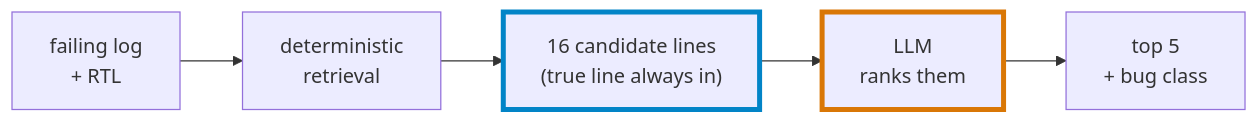
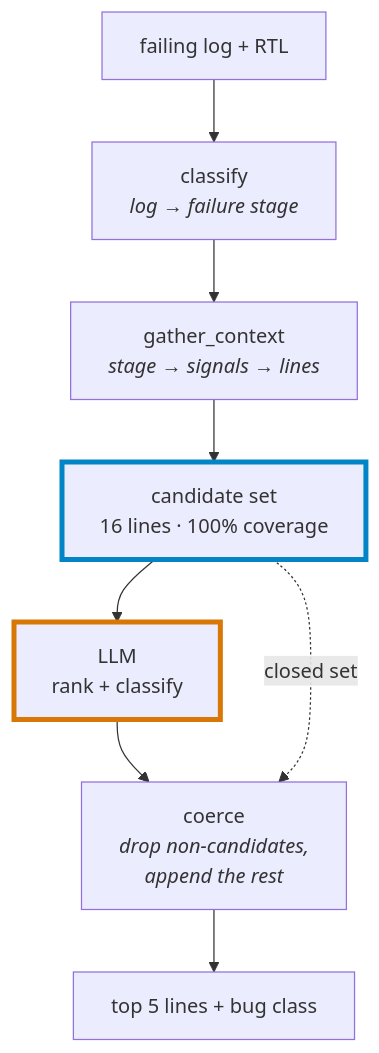
Before and after one commit to sinakian/llm-rtl-bug-localization: the diagram in README.md, drawn with Mermaid. The commit also changed other lines of this file and 1 other file, not shown here.

````diff
--- a/README.md
+++ b/README.md
@@ -24,10 +28,13 @@
 ```mermaid
-flowchart LR
-    A["failing log<br/>+ RTL"] --> B["deterministic<br/>retrieval"]
-    B --> C["16 candidate lines<br/>(true line always in)"]
-    C --> D["LLM<br/>ranks them"]
-    D --> E["top 5<br/>+ bug class"]
+flowchart TD
+    A["failing log + RTL"] --> B["classify<br/><i>log → failure stage</i>"]
+    B --> C["gather_context<br/><i>stage → signals → lines</i>"]
+    C --> D["candidate set<br/>16 lines · 100% coverage"]
+    D --> E["LLM<br/>rank + classify"]
+    E --> F["coerce<br/><i>drop non-candidates,<br/>append the rest</i>"]
+    D -.->|"closed set"| F
+    F --> G["top 5 lines + bug class"]
 
-    style D stroke:#d97706,stroke-width:4px
-    style C stroke:#0284c7,stroke-width:4px
+    style E stroke:#d97706,stroke-width:4px
+    style D stroke:#0284c7,stroke-width:4px
 ```
````
